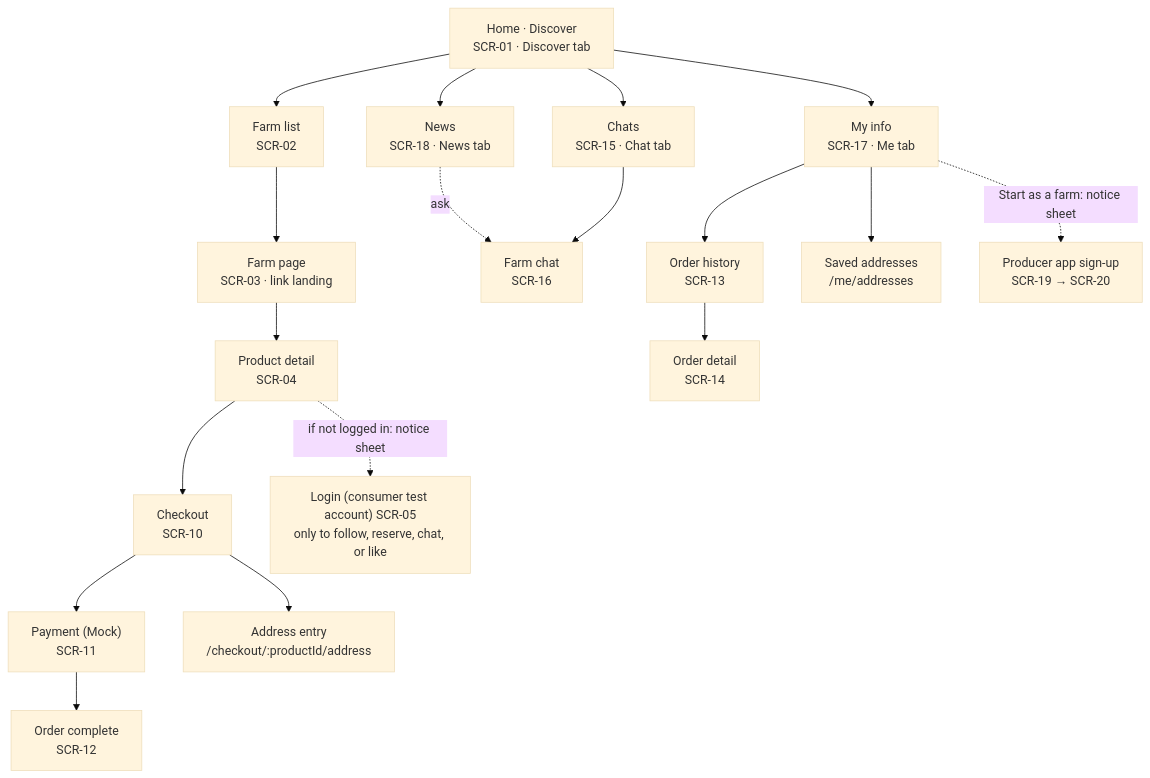
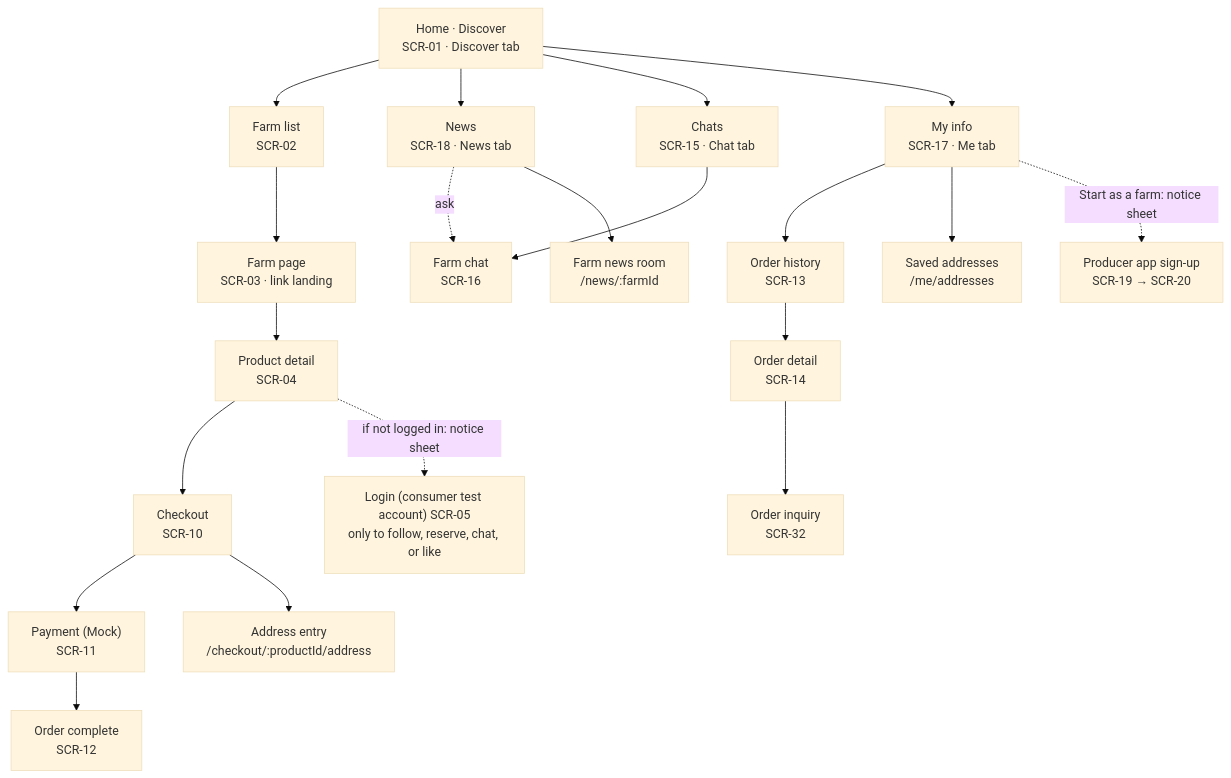
One commit to snuhcs-course/swpp-2026-project-team-06 changed the first of 5 diagrams in docs/wiki/Design-Documentation.md. Above: the diagram before and after it, drawn with Mermaid (base theme). The commit also changed other lines of this file and 28 other files, not shown here.

````diff
--- a/docs/wiki/Design-Documentation.md
+++ b/docs/wiki/Design-Documentation.md
@@ -120,21 +120,23 @@
 ```mermaid
 flowchart TD
   root["Home · Discover<br/>SCR-01 · Discover tab"]
   root --> farms["Farm list<br/>SCR-02"]
   root --> news["News<br/>SCR-18 · News tab"]
   root --> inbox["Chats<br/>SCR-15 · Chat tab"]
   root --> me["My info<br/>SCR-17 · Me tab"]
   me --> orders["Order history<br/>SCR-13"]
   farms --> farm["Farm page<br/>SCR-03 · link landing"]
   farm --> product["Product detail<br/>SCR-04"]
   product --> checkout["Checkout<br/>SCR-10"]
   checkout --> pay["Payment (Mock)<br/>SCR-11"]
   pay --> done["Order complete<br/>SCR-12"]
   inbox --> thread["Farm chat<br/>SCR-16"]
   news -. ask .-> thread
   orders --> detail["Order detail<br/>SCR-14"]
+  detail --> inquiry["Order inquiry<br/>SCR-32"]
+  news --> room["Farm news room<br/>/news/:farmId"]
   me --> addresses["Saved addresses<br/>/me/addresses"]
   checkout --> address["Address entry<br/>/checkout/:productId/address"]
   product -. if not logged in: notice sheet .-> login["Login (consumer test account) SCR-05<br/>only to follow, reserve, chat, or like"]
   me -. Start as a farm: notice sheet .-> papp["Producer app sign-up<br/>SCR-19 → SCR-20"]
 ```
````
